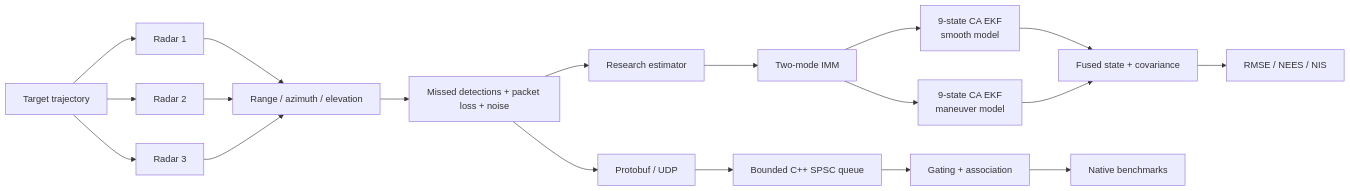
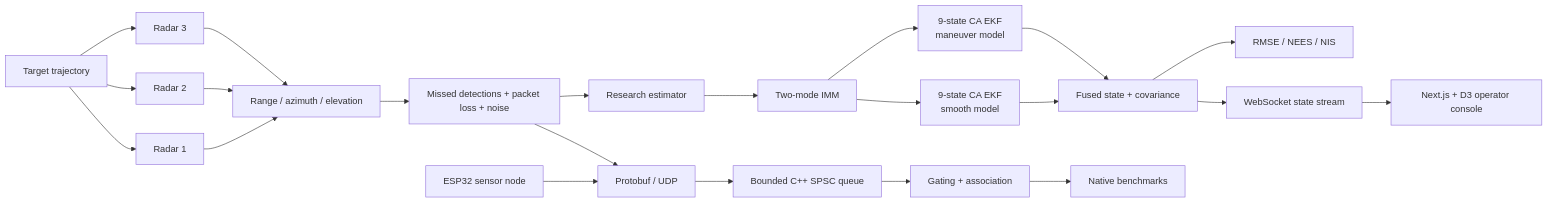
One commit to cybr-wisp/aurora-borealis changed the diagram in README.md. Above: the diagram before and after it, drawn with Mermaid. The commit also changed other lines of this file and 1 other file, not shown here.

````diff
--- a/README.md
+++ b/README.md
@@ -75,28 +81,32 @@
 ```mermaid
 flowchart LR
     T[Target trajectory]
 
     T --> R1[Radar 1]
     T --> R2[Radar 2]
     T --> R3[Radar 3]
+    FW[ESP32 sensor node]
 
     R1 --> O[Range / azimuth / elevation]
     R2 --> O
     R3 --> O
+    FW --> P
 
     O --> S[Missed detections + packet loss + noise]
 
     S --> E[Research estimator]
     E --> IMM[Two-mode IMM]
     IMM --> CA1[9-state CA EKF<br/>smooth model]
     IMM --> CA2[9-state CA EKF<br/>maneuver model]
     CA1 --> F[Fused state + covariance]
     CA2 --> F
 
     F --> M[RMSE / NEES / NIS]
+    F --> WS[WebSocket state stream]
+    WS --> D[Next.js + D3 operator console]
 
     S --> P[Protobuf / UDP]
     P --> Q[Bounded C++ SPSC queue]
     Q --> A[Gating + association]
     A --> B[Native benchmarks]
 ```
````
